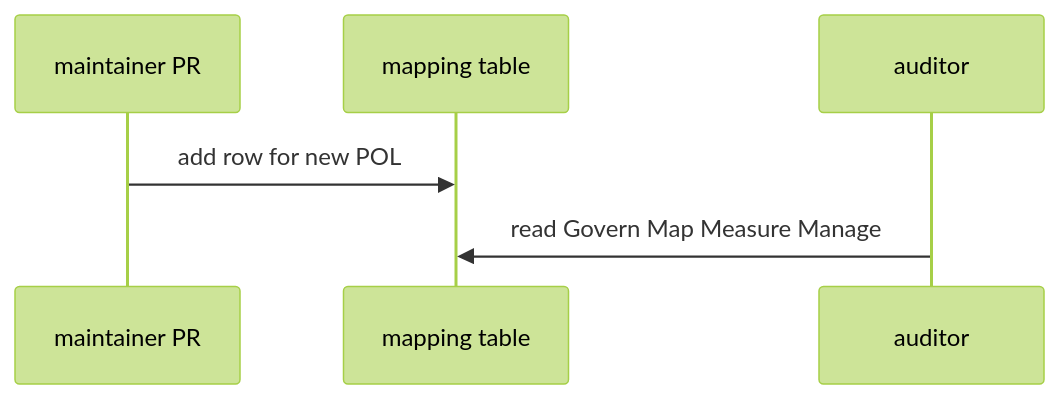
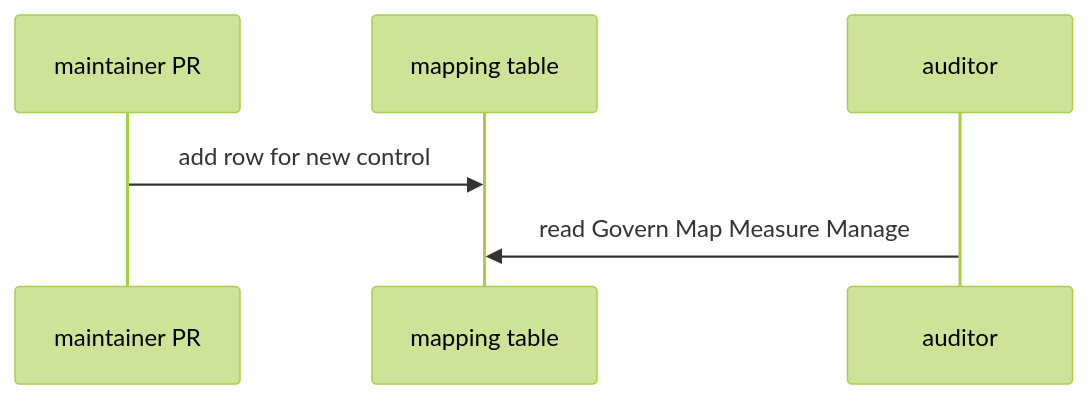
Before and after one commit to svennijhuis/agentic-workflows: the first of 2 diagrams in docs/pbi/agent-ops/AO14-nist-mapping.md, drawn with Mermaid (forest theme). The commit also changed other lines of this file and 986 other files, not shown here.

````diff
--- a/docs/pbi/agent-ops/AO14-nist-mapping.md
+++ b/docs/pbi/agent-ops/AO14-nist-mapping.md
@@ -29,8 +29,8 @@
 ```mermaid
 sequenceDiagram
   participant M as maintainer PR
   participant T as mapping table
   participant A as auditor
-  M->>T: add row for new POL
+  M->>T: add row for new control
   A->>T: read Govern Map Measure Manage
 ```
````
